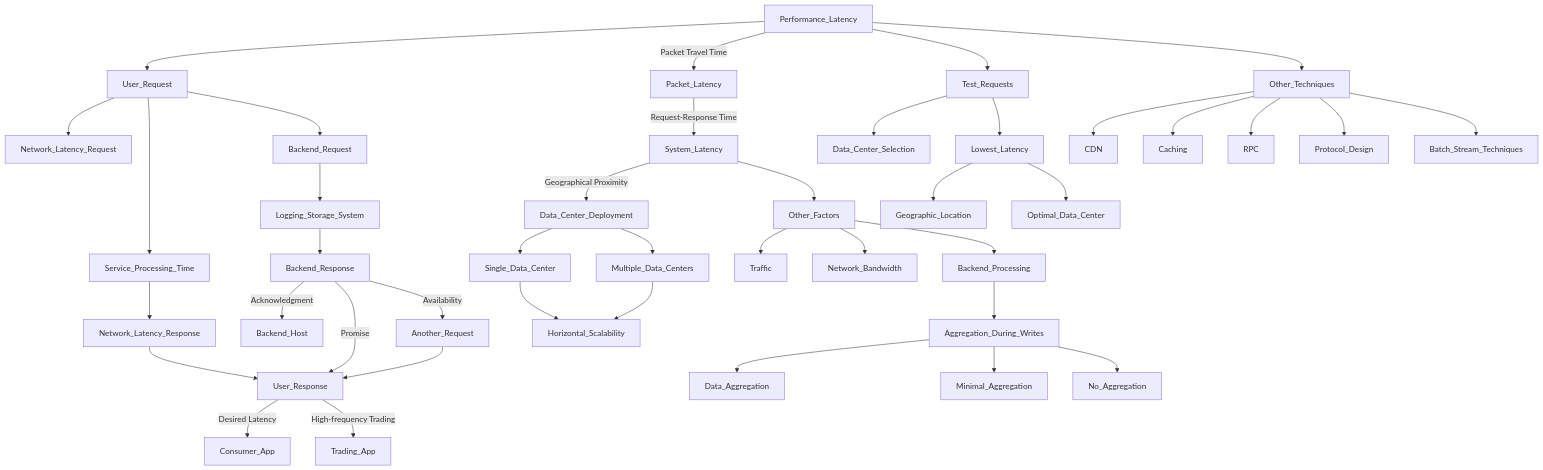
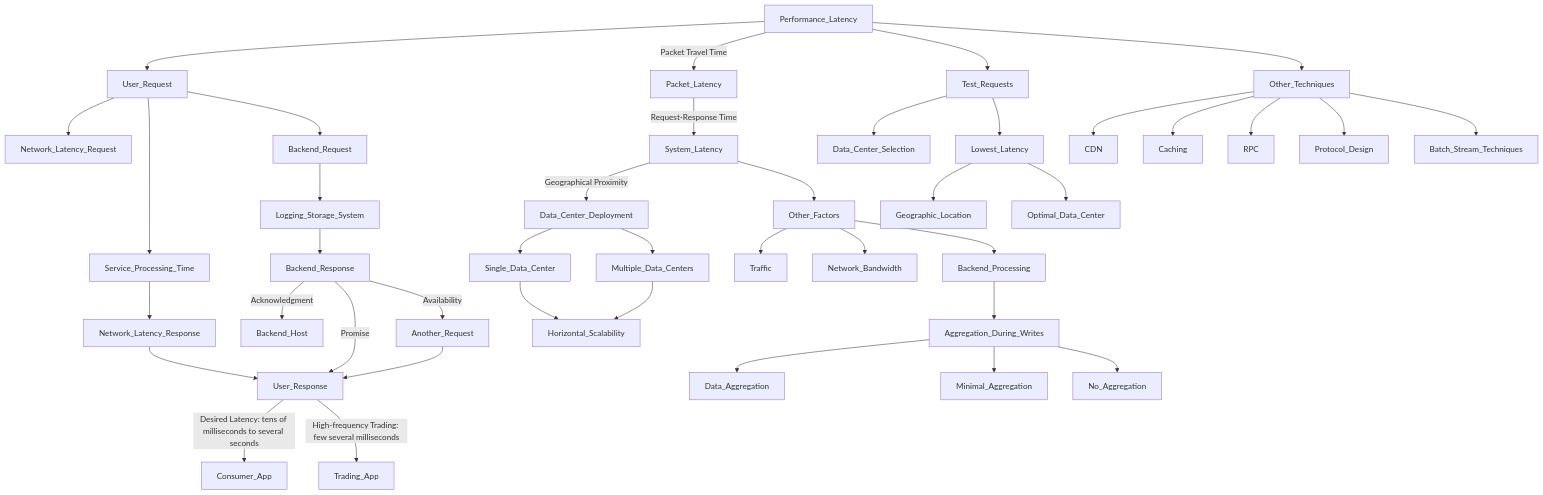
Before and after one commit to rajat965ng/blogs: the diagram in system_design/2_non_functional_requirements/4_Performance_latency_and_throughput/flowchart.mermaid, drawn with Mermaid.

Commit message:
updated with system design

```diff
--- a/system_design/2_non_functional_requirements/4_Performance_latency_and_throughput/flowchart.mermaid
+++ b/system_design/2_non_functional_requirements/4_Performance_latency_and_throughput/flowchart.mermaid
@@ -1,41 +1,41 @@
 graph TD;
     Performance_Latency --> User_Request;
     User_Request --> Network_Latency_Request;
     User_Request --> Service_Processing_Time;
     Service_Processing_Time --> Network_Latency_Response;
     Network_Latency_Response --> User_Response;
-    User_Response --> |Desired Latency| Consumer_App;
-    User_Response --> |High-frequency Trading| Trading_App;
+    User_Response --> |Desired Latency: tens of milliseconds to several seconds| Consumer_App;
+    User_Response --> |High-frequency Trading: few several milliseconds| Trading_App;
     User_Request --> Backend_Request;
     Backend_Request --> Logging_Storage_System;
     Logging_Storage_System --> Backend_Response;
     Backend_Response --> |Acknowledgment| Backend_Host;
     Backend_Response --> |Promise| User_Response;
     Backend_Response --> |Availability| Another_Request;
     Another_Request --> User_Response;
     Performance_Latency --> |Packet Travel Time| Packet_Latency;
     Packet_Latency --> |Request-Response Time| System_Latency;
     System_Latency --> |Geographical Proximity| Data_Center_Deployment;
     Data_Center_Deployment --> Single_Data_Center;
     Data_Center_Deployment --> Multiple_Data_Centers;
     Single_Data_Center --> Horizontal_Scalability;
     Multiple_Data_Centers --> Horizontal_Scalability;
     System_Latency --> Other_Factors;
     Other_Factors --> Traffic;
     Other_Factors --> Network_Bandwidth;
     Other_Factors --> Backend_Processing;
     Backend_Processing --> Aggregation_During_Writes;
     Aggregation_During_Writes --> Data_Aggregation;
     Aggregation_During_Writes --> Minimal_Aggregation;
     Aggregation_During_Writes --> No_Aggregation;
     Performance_Latency --> Test_Requests;
     Test_Requests --> Data_Center_Selection;
     Test_Requests --> Lowest_Latency;
     Lowest_Latency --> Geographic_Location;
     Lowest_Latency --> Optimal_Data_Center;
     Performance_Latency --> Other_Techniques;
     Other_Techniques --> CDN;
     Other_Techniques --> Caching;
     Other_Techniques --> RPC;
     Other_Techniques --> Protocol_Design;
     Other_Techniques --> Batch_Stream_Techniques;
```
